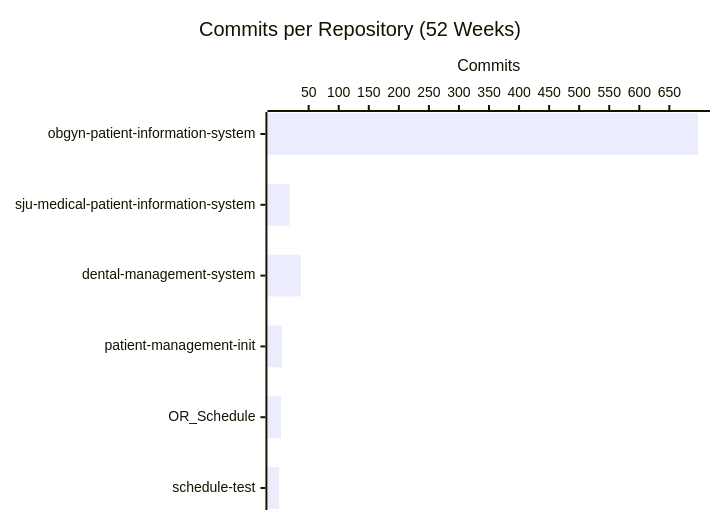
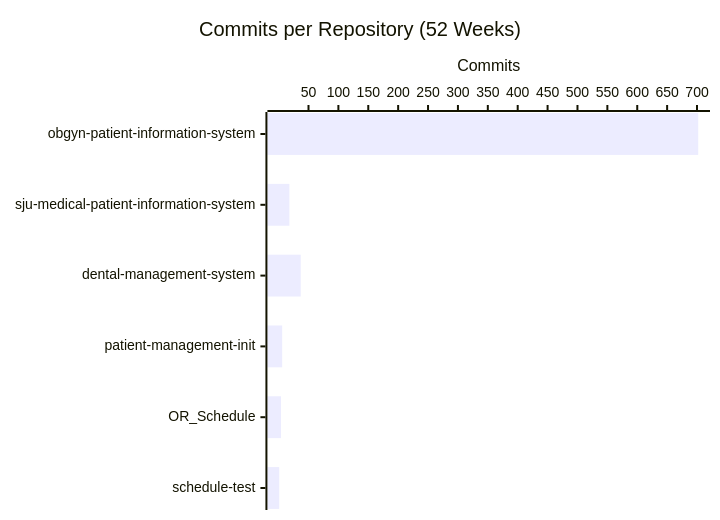
The second of 4 diagrams in profile/README.md (CSTH-Projects/.github), drawn with Mermaid before and after one commit. The commit also changed other lines of this file, not shown here.

````diff
--- a/profile/README.md
+++ b/profile/README.md
@@ -24,7 +24,7 @@
 ```mermaid
 xychart-beta horizontal
     title "Commits per Repository (52 Weeks)"
     x-axis ["obgyn-patient-information-system", "sju-medical-patient-information-system", "dental-management-system", "patient-management-init", "OR_Schedule", "schedule-test"]
     y-axis "Commits"
-    bar [698, 18, 37, 6, 4, 1]
+    bar [702, 18, 37, 6, 4, 1]
 ```
````
